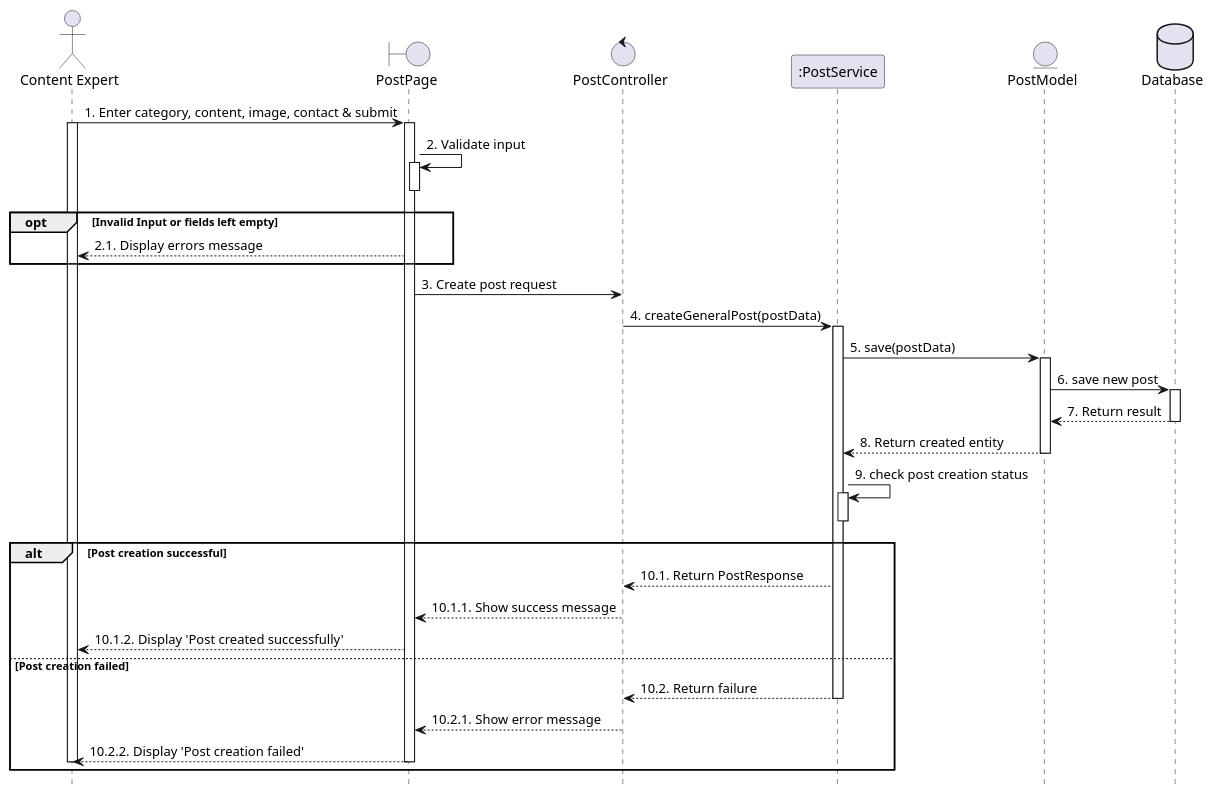
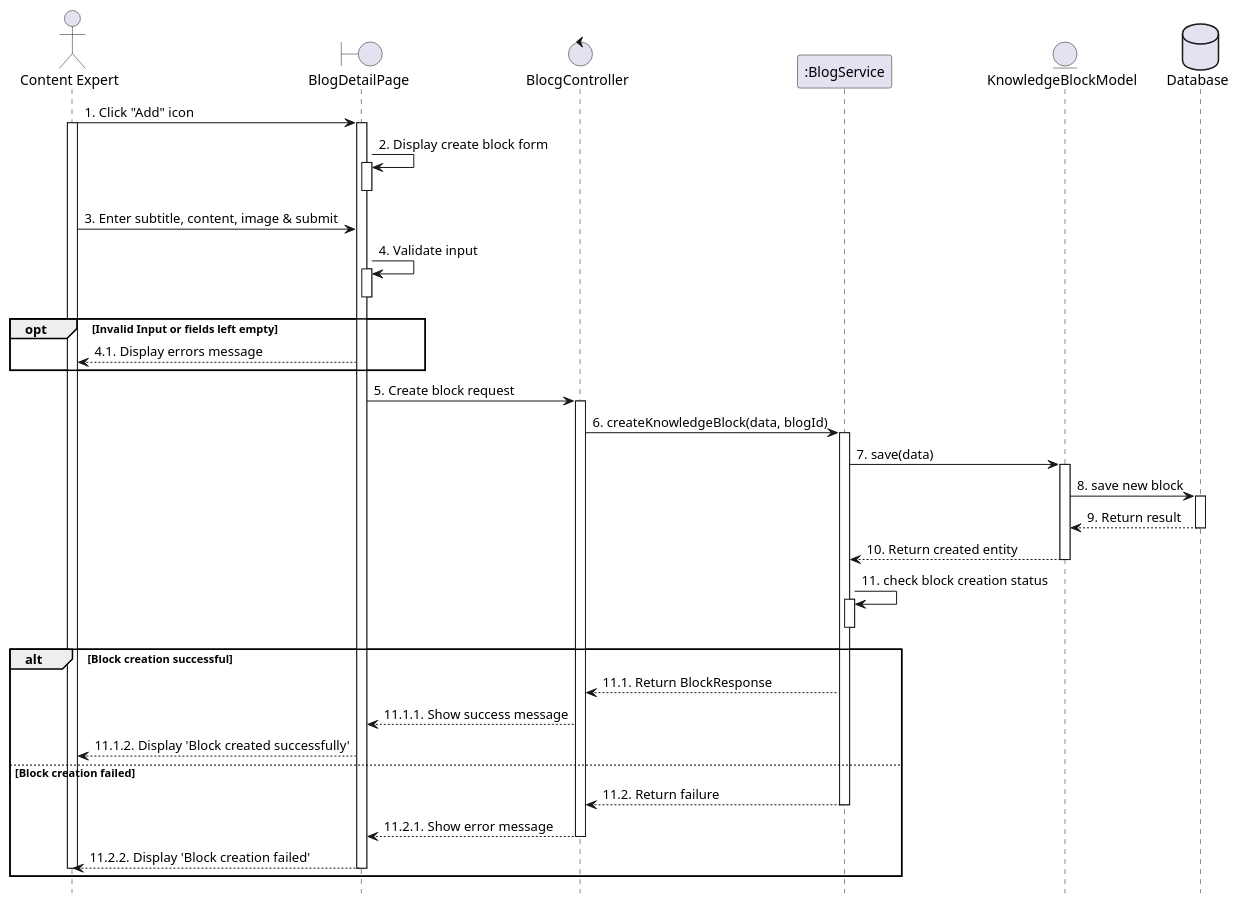
Before and after one commit to VietDurian/VietDurian: the diagram in planuml/web/80_createBlock.puml, drawn with PlantUML. The commit also changed 4 other files, not shown here.

```diff
--- a/planuml/web/80_createBlock.puml
+++ b/planuml/web/80_createBlock.puml
@@ -1,59 +1,64 @@
 @startuml 80_createBlock
 hide footbox
 
 actor User as "Content Expert" 
-boundary PostPage as View
-control "PostController" as Controller
-participant ":PostService" as Service
-entity "PostModel" as Model
+boundary BlogDetailPage as View
+control "BlocgController" as Controller
+participant ":BlogService" as Service
+entity "KnowledgeBlockModel" as Model
 database Database as Database
 
 
-User -> View : 1. Enter category, content, image, contact & submit
+User -> View : 1. Click "Add" icon 
 activate View
 activate User
-View -> View : 2. Validate input
+View -> View : 2. Display create block form
+activate View
+deactivate View
+User -> View : 3. Enter subtitle, content, image & submit
+View -> View : 4. Validate input
 activate View
 deactivate View
 opt Invalid Input or fields left empty
-    View --> User : 2.1. Display errors message
+    View --> User : 4.1. Display errors message
 end
 
-View -> Controller : 3. Create post request
+View -> Controller : 5. Create block request
+activate Controller
 
-Controller -> Service : 4. createGeneralPost(postData)
+Controller -> Service : 6. createKnowledgeBlock(data, blogId)
 activate Service
 
-Service -> Model : 5. save(postData)
+Service -> Model : 7. save(data)
 activate Model
 
-Model -> Database : 6. save new post
+Model -> Database : 8. save new block
 activate Database
-Database --> Model : 7. Return result
+Database --> Model : 9. Return result
 deactivate Database
 
-Model --> Service : 8. Return created entity
+Model --> Service : 10. Return created entity
 deactivate Model
 
-Service -> Service : 9. check post creation status
+Service -> Service : 11. check block creation status
 activate Service
 deactivate Service
 
-alt Post creation successful
-    Service --> Controller : 10.1. Return PostResponse
+alt Block creation successful
+    Service --> Controller : 11.1. Return BlockResponse
 
-    Controller --> View : 10.1.1. Show success message
+    Controller --> View : 11.1.1. Show success message
 
-    View --> User : 10.1.2. Display 'Post created successfully'
-else Post creation failed
-    Service --> Controller : 10.2. Return failure
+    View --> User : 11.1.2. Display 'Block created successfully'
+else Block creation failed
+    Service --> Controller : 11.2. Return failure
     deactivate Service
 
-    Controller --> View : 10.2.1. Show error message
+    Controller --> View : 11.2.1. Show error message
     deactivate Controller
 
-    View --> User : 10.2.2. Display 'Post creation failed'
+    View --> User : 11.2.2. Display 'Block creation failed'
     deactivate View
     deactivate User
 end
 @enduml
```
